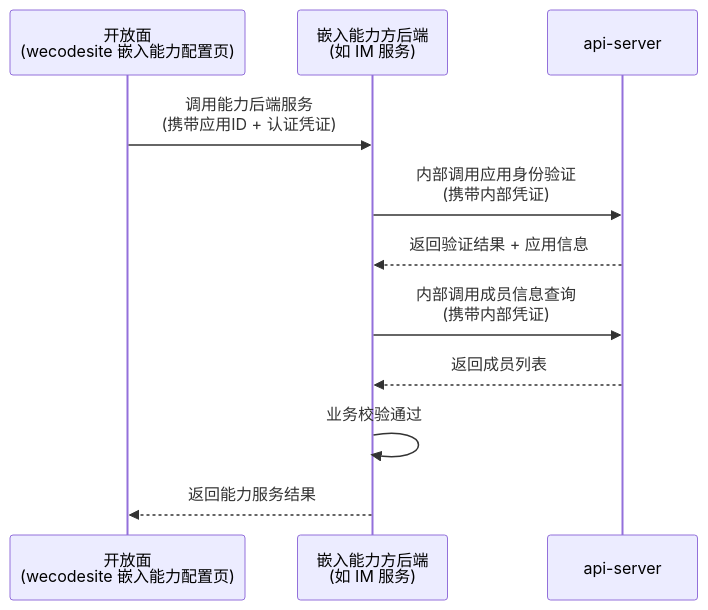
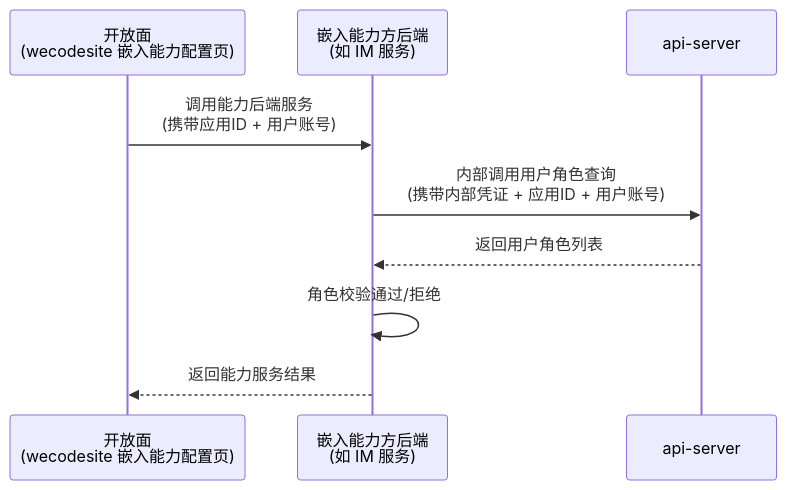
One commit to THZSummer/open-app changed the diagram in .sddu/specs-tree-root/specs-tree-ability-embedding/specs-tree-embedding-api/spec.md. Above: the diagram before and after it, drawn with Mermaid. The commit also changed other lines of this file and 1 other file, not shown here.

````diff
--- a/.sddu/specs-tree-root/specs-tree-ability-embedding/specs-tree-embedding-api/spec.md
+++ b/.sddu/specs-tree-root/specs-tree-ability-embedding/specs-tree-embedding-api/spec.md
@@ -53,14 +47,12 @@
 ```mermaid
 sequenceDiagram
     participant OpenFace as 开放面<br/>(wecodesite 嵌入能力配置页)
     participant EmbedBackend as 嵌入能力方后端<br/>(如 IM 服务)
     participant APIServer as api-server
 
-    OpenFace->>EmbedBackend: 调用能力后端服务<br/>(携带应用ID + 认证凭证)
-    EmbedBackend->>APIServer: 内部调用应用身份验证<br/>(携带内部凭证)
-    APIServer-->>EmbedBackend: 返回验证结果 + 应用信息
-    EmbedBackend->>APIServer: 内部调用成员信息查询<br/>(携带内部凭证)
-    APIServer-->>EmbedBackend: 返回成员列表
-    EmbedBackend->>EmbedBackend: 业务校验通过
+    OpenFace->>EmbedBackend: 调用能力后端服务<br/>(携带应用ID + 用户账号)
+    EmbedBackend->>APIServer: 内部调用用户角色查询<br/>(携带内部凭证 + 应用ID + 用户账号)
+    APIServer-->>EmbedBackend: 返回用户角色列表
+    EmbedBackend->>EmbedBackend: 角色校验通过/拒绝
     EmbedBackend-->>OpenFace: 返回能力服务结果
 ```
````
